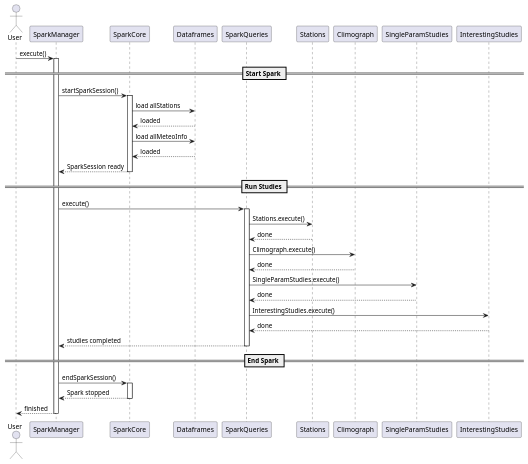
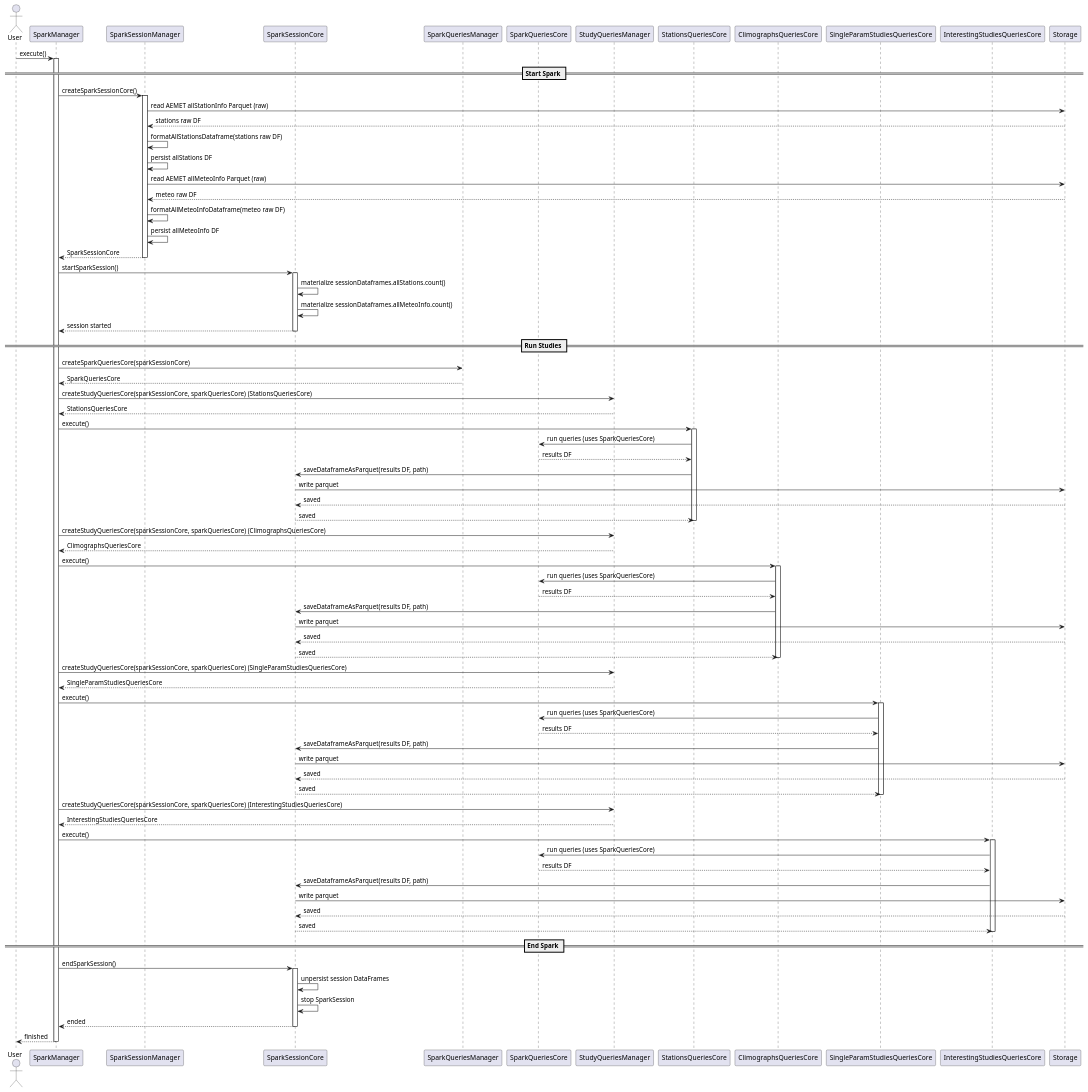
One commit to cfkr-dev/aemet_spark_study changed the diagram in big-data-core/documentation/plantuml/spark/start_end_execution.plantuml. Above: the diagram before and after it, drawn with PlantUML. The commit also changed 88 other files, not shown here.

Commit message:
Added plantuml diagrams. Regenerated scala documentation.

```diff
--- a/big-data-core/documentation/plantuml/spark/start_end_execution.plantuml
+++ b/big-data-core/documentation/plantuml/spark/start_end_execution.plantuml
@@ -1,60 +1,109 @@
 @startuml
 actor User
 
-participant "SparkManager" as SM
-participant "SparkCore" as SC
-participant "Dataframes" as DF
-participant "SparkQueries" as SQ
-participant "Stations" as ST
-participant "Climograph" as CG
-participant "SingleParamStudies" as SP
-participant "InterestingStudies" as IS
+participant "SparkManager" as SPARK_MANAGER
+participant "SparkSessionManager" as SPARK_SESSION_MANAGER
+participant "SparkSessionCore" as SPARK_SESSION_CORE
+participant "SparkQueriesManager" as SPARK_QUERIES_MANAGER
+participant "SparkQueriesCore" as SPARK_QUERIES_CORE
+participant "StudyQueriesManager" as STUDY_QUERIES_MANAGER
+participant "StationsQueriesCore" as STATIONS_QUERIES_CORE
+participant "ClimographsQueriesCore" as CLIMOGRAPHS_QUERIES_CORE
+participant "SingleParamStudiesQueriesCore" as SINGLE_PARAM_STUDIES_QUERIES_CORE
+participant "InterestingStudiesQueriesCore" as INTERESTING_STUDIES_QUERIES_CORE
+participant "Storage" as STORAGE
 
-User -> SM : execute()
-activate SM
+User -> SPARK_MANAGER : execute()
+activate SPARK_MANAGER
 
 == Start Spark ==
 
-SM -> SC : startSparkSession()
-activate SC
+SPARK_MANAGER -> SPARK_SESSION_MANAGER : createSparkSessionCore()
+activate SPARK_SESSION_MANAGER
 
-SC -> DF : load allStations
-DF --> SC : loaded
+SPARK_SESSION_MANAGER -> STORAGE : read AEMET allStationInfo Parquet (raw)
+STORAGE --> SPARK_SESSION_MANAGER : stations raw DF
+SPARK_SESSION_MANAGER -> SPARK_SESSION_MANAGER : formatAllStationsDataframe(stations raw DF)
+SPARK_SESSION_MANAGER -> SPARK_SESSION_MANAGER : persist allStations DF
 
-SC -> DF : load allMeteoInfo
-DF --> SC : loaded
+SPARK_SESSION_MANAGER -> STORAGE : read AEMET allMeteoInfo Parquet (raw)
+STORAGE --> SPARK_SESSION_MANAGER : meteo raw DF
+SPARK_SESSION_MANAGER -> SPARK_SESSION_MANAGER : formatAllMeteoInfoDataframe(meteo raw DF)
+SPARK_SESSION_MANAGER -> SPARK_SESSION_MANAGER : persist allMeteoInfo DF
 
-SC --> SM : SparkSession ready
-deactivate SC
+SPARK_SESSION_MANAGER --> SPARK_MANAGER : SparkSessionCore
+deactivate SPARK_SESSION_MANAGER
+
+SPARK_MANAGER -> SPARK_SESSION_CORE : startSparkSession()
+activate SPARK_SESSION_CORE
+SPARK_SESSION_CORE -> SPARK_SESSION_CORE : materialize sessionDataframes.allStations.count()
+SPARK_SESSION_CORE -> SPARK_SESSION_CORE : materialize sessionDataframes.allMeteoInfo.count()
+SPARK_SESSION_CORE --> SPARK_MANAGER : session started
+deactivate SPARK_SESSION_CORE
 
 == Run Studies ==
 
-SM -> SQ : execute()
-activate SQ
+SPARK_MANAGER -> SPARK_QUERIES_MANAGER : createSparkQueriesCore(sparkSessionCore)
+SPARK_QUERIES_MANAGER --> SPARK_MANAGER : SparkQueriesCore
 
-SQ -> ST : Stations.execute()
-ST --> SQ : done
+SPARK_MANAGER -> STUDY_QUERIES_MANAGER : createStudyQueriesCore(sparkSessionCore, sparkQueriesCore) (StationsQueriesCore)
+STUDY_QUERIES_MANAGER --> SPARK_MANAGER : StationsQueriesCore
+SPARK_MANAGER -> STATIONS_QUERIES_CORE : execute()
+activate STATIONS_QUERIES_CORE
+STATIONS_QUERIES_CORE -> SPARK_QUERIES_CORE : run queries (uses SparkQueriesCore)
+SPARK_QUERIES_CORE --> STATIONS_QUERIES_CORE : results DF
+STATIONS_QUERIES_CORE -> SPARK_SESSION_CORE : saveDataframeAsParquet(results DF, path)
+SPARK_SESSION_CORE -> STORAGE : write parquet
+STORAGE --> SPARK_SESSION_CORE : saved
+SPARK_SESSION_CORE --> STATIONS_QUERIES_CORE : saved
+deactivate STATIONS_QUERIES_CORE
 
-SQ -> CG : Climograph.execute()
-CG --> SQ : done
+SPARK_MANAGER -> STUDY_QUERIES_MANAGER : createStudyQueriesCore(sparkSessionCore, sparkQueriesCore) (ClimographsQueriesCore)
+STUDY_QUERIES_MANAGER --> SPARK_MANAGER : ClimographsQueriesCore
+SPARK_MANAGER -> CLIMOGRAPHS_QUERIES_CORE : execute()
+activate CLIMOGRAPHS_QUERIES_CORE
+CLIMOGRAPHS_QUERIES_CORE -> SPARK_QUERIES_CORE : run queries (uses SparkQueriesCore)
+SPARK_QUERIES_CORE --> CLIMOGRAPHS_QUERIES_CORE : results DF
+CLIMOGRAPHS_QUERIES_CORE -> SPARK_SESSION_CORE : saveDataframeAsParquet(results DF, path)
+SPARK_SESSION_CORE -> STORAGE : write parquet
+STORAGE --> SPARK_SESSION_CORE : saved
+SPARK_SESSION_CORE --> CLIMOGRAPHS_QUERIES_CORE : saved
+deactivate CLIMOGRAPHS_QUERIES_CORE
 
-SQ -> SP : SingleParamStudies.execute()
-SP --> SQ : done
+SPARK_MANAGER -> STUDY_QUERIES_MANAGER : createStudyQueriesCore(sparkSessionCore, sparkQueriesCore) (SingleParamStudiesQueriesCore)
+STUDY_QUERIES_MANAGER --> SPARK_MANAGER : SingleParamStudiesQueriesCore
+SPARK_MANAGER -> SINGLE_PARAM_STUDIES_QUERIES_CORE : execute()
+activate SINGLE_PARAM_STUDIES_QUERIES_CORE
+SINGLE_PARAM_STUDIES_QUERIES_CORE -> SPARK_QUERIES_CORE : run queries (uses SparkQueriesCore)
+SPARK_QUERIES_CORE --> SINGLE_PARAM_STUDIES_QUERIES_CORE : results DF
+SINGLE_PARAM_STUDIES_QUERIES_CORE -> SPARK_SESSION_CORE : saveDataframeAsParquet(results DF, path)
+SPARK_SESSION_CORE -> STORAGE : write parquet
+STORAGE --> SPARK_SESSION_CORE : saved
+SPARK_SESSION_CORE --> SINGLE_PARAM_STUDIES_QUERIES_CORE : saved
+deactivate SINGLE_PARAM_STUDIES_QUERIES_CORE
 
-SQ -> IS : InterestingStudies.execute()
-IS --> SQ : done
-
-SQ --> SM : studies completed
-deactivate SQ
+SPARK_MANAGER -> STUDY_QUERIES_MANAGER : createStudyQueriesCore(sparkSessionCore, sparkQueriesCore) (InterestingStudiesQueriesCore)
+STUDY_QUERIES_MANAGER --> SPARK_MANAGER : InterestingStudiesQueriesCore
+SPARK_MANAGER -> INTERESTING_STUDIES_QUERIES_CORE : execute()
+activate INTERESTING_STUDIES_QUERIES_CORE
+INTERESTING_STUDIES_QUERIES_CORE -> SPARK_QUERIES_CORE : run queries (uses SparkQueriesCore)
+SPARK_QUERIES_CORE --> INTERESTING_STUDIES_QUERIES_CORE : results DF
+INTERESTING_STUDIES_QUERIES_CORE -> SPARK_SESSION_CORE : saveDataframeAsParquet(results DF, path)
+SPARK_SESSION_CORE -> STORAGE : write parquet
+STORAGE --> SPARK_SESSION_CORE : saved
+SPARK_SESSION_CORE --> INTERESTING_STUDIES_QUERIES_CORE : saved
+deactivate INTERESTING_STUDIES_QUERIES_CORE
 
 == End Spark ==
 
-SM -> SC : endSparkSession()
-activate SC
-SC --> SM : Spark stopped
-deactivate SC
+SPARK_MANAGER -> SPARK_SESSION_CORE : endSparkSession()
+activate SPARK_SESSION_CORE
+SPARK_SESSION_CORE -> SPARK_SESSION_CORE : unpersist session DataFrames
+SPARK_SESSION_CORE -> SPARK_SESSION_CORE : stop SparkSession
+SPARK_SESSION_CORE --> SPARK_MANAGER : ended
+deactivate SPARK_SESSION_CORE
 
-SM --> User : finished
-deactivate SM
+SPARK_MANAGER --> User : finished
+deactivate SPARK_MANAGER
 
 @enduml
```
